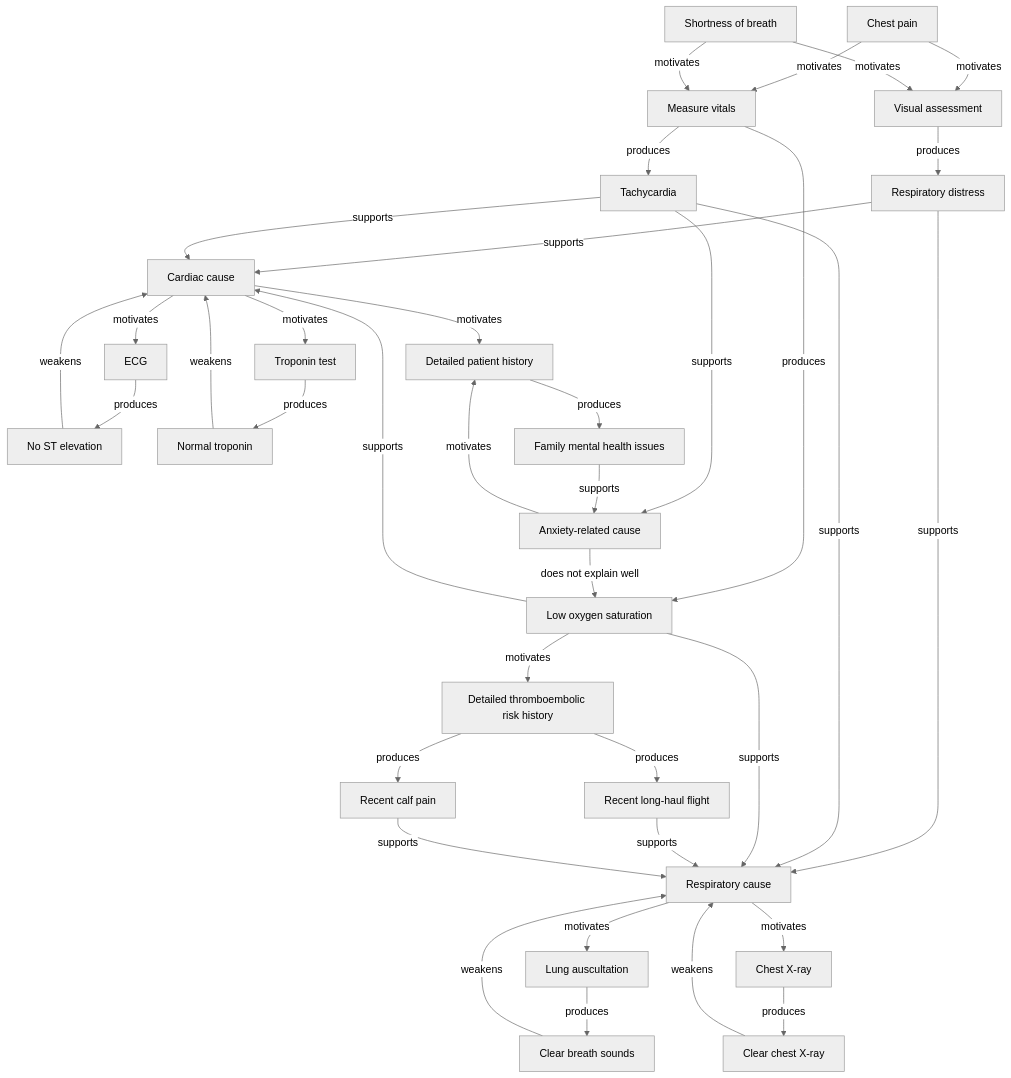
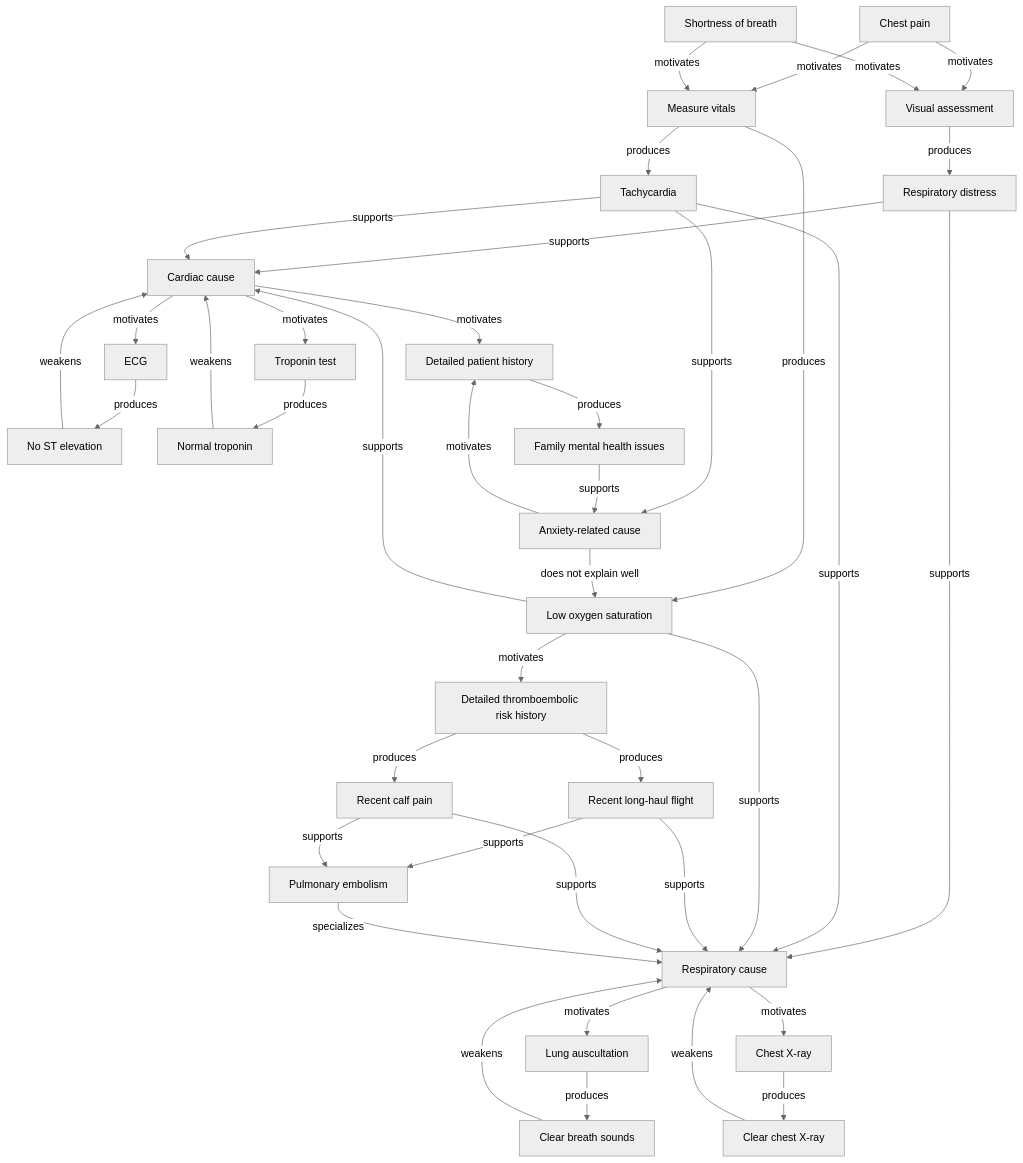
One commit to kahunacohen/why changed the diagram in diagrams/medical.mmd. Above: the diagram before and after it, drawn with Mermaid (neutral theme).

```diff
--- a/diagrams/medical.mmd
+++ b/diagrams/medical.mmd
@@ -1,118 +1,123 @@
 flowchart TD
 
 %% =====================================================
 %% Initial presentation
 %% =====================================================
 
 C1["Chest pain"]
 C2["Shortness of breath"]
 
 %% =====================================================
 %% Initial investigation
 %% =====================================================
 
 A1["Visual assessment"]
 A2["Measure vitals"]
 
 C1 -->|motivates| A1
 C2 -->|motivates| A1
 
 C1 -->|motivates| A2
 C2 -->|motivates| A2
 
 %% =====================================================
 %% Initial observations
 %% =====================================================
 
 O1["Respiratory distress"]
 O2["Tachycardia"]
 O3["Low oxygen saturation"]
 
 A1 -->|produces| O1
 
 A2 -->|produces| O2
 A2 -->|produces| O3
 
 %% =====================================================
 %% Initial hypotheses
 %% =====================================================
 
 H1["Respiratory cause"]
 H2["Cardiac cause"]
 H3["Anxiety-related cause"]
 
 O1 -->|supports| H1
 O1 -->|supports| H2
 
 O2 -->|supports| H1
 O2 -->|supports| H2
 O2 -->|supports| H3
 
 O3 -->|supports| H1
 O3 -->|supports| H2
 
 %% =====================================================
 %% Follow-up actions motivated by hypotheses
 %% =====================================================
 
 A3["ECG"]
 A4["Troponin test"]
 
 A5["Lung auscultation"]
 A6["Chest X-ray"]
 
 A7["Detailed patient history"]
 
 H2 -->|motivates| A3
 H2 -->|motivates| A4
 
 H1 -->|motivates| A5
 H1 -->|motivates| A6
 
 H2 -->|motivates| A7
 H3 -->|motivates| A7
 
 %% =====================================================
 %% Follow-up observations
 %% =====================================================
 
 O4["No ST elevation"]
 O6["Normal troponin"]
 
 O7["Clear chest X-ray"]
 O8["Clear breath sounds"]
 
 O5["Family mental health issues"]
 
 A3 -->|produces| O4
 A4 -->|produces| O6
 
 A6 -->|produces| O7
 A5 -->|produces| O8
 
 A7 -->|produces| O5
 
 %% =====================================================
 %% Evidence updates hypotheses
 %% =====================================================
 
 O4 -->|weakens| H2
 O6 -->|weakens| H2
 
 O7 -->|weakens| H1
 O8 -->|weakens| H1
 
 O5 -->|supports| H3
 
 A8["Detailed thromboembolic risk history"]
 
 H3 -->|does not explain well| O3
 O3 -->|motivates| A8
 
 O9["Recent long-haul flight"]
 O10["Recent calf pain"]
 A8 -->|produces| O9
 A8 -->|produces| O10
 
 O9 --> |supports| H1
 O10 --> |supports| H1
+
+H4["Pulmonary embolism"]
+H4 -->|specializes| H1
+O9 --> |supports| H4
+O10 --> |supports| H4
```
